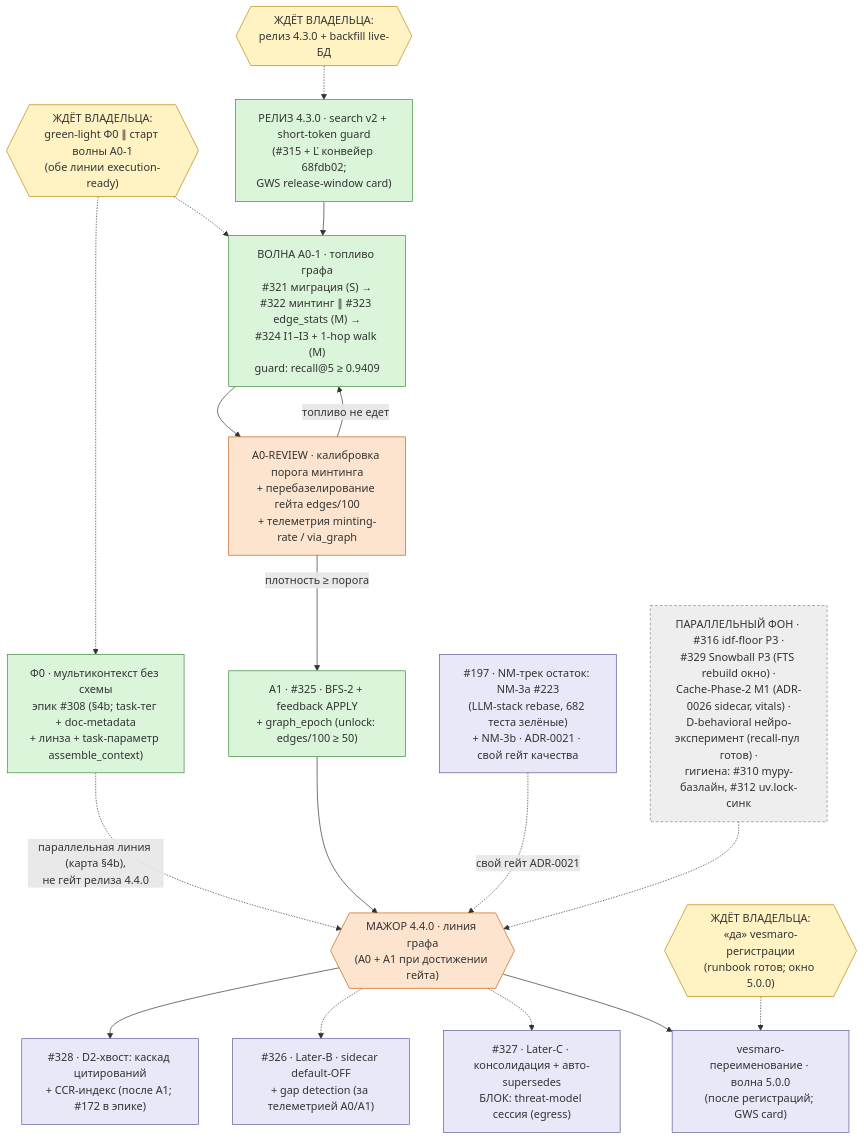
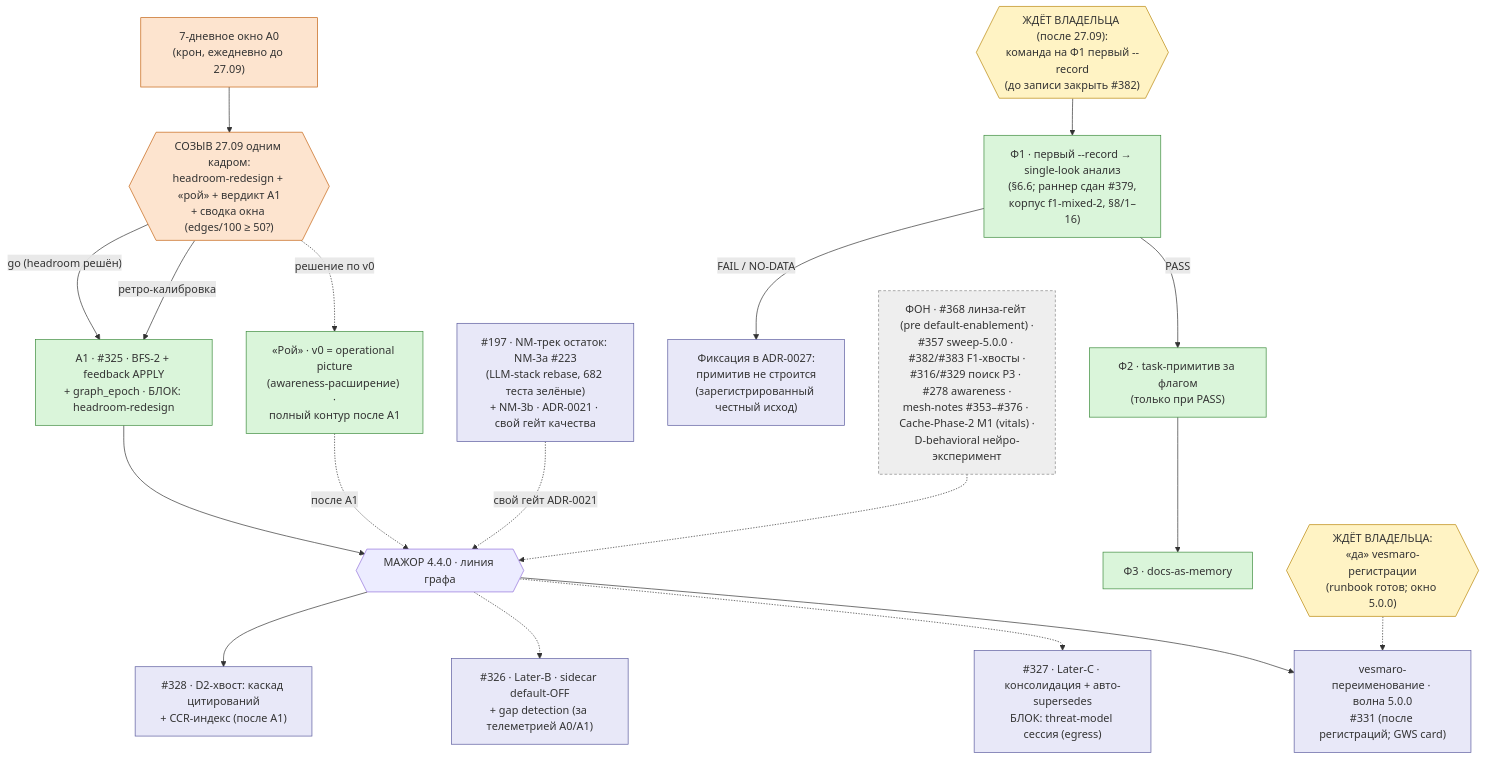
Before and after one commit to vesmaro/vesmaro: the first of 4 diagrams in docs/project/dev-plan.md, drawn with Mermaid. The commit also changed other lines of this file, not shown here.

First line of the commit message:
docs(dev-plan): close the F1-runner wave — registry row, F1 status, DAG redraw

````diff
--- a/docs/project/dev-plan.md
+++ b/docs/project/dev-plan.md
@@ -99,44 +97,47 @@
 ```mermaid
 flowchart TD
-    OWN1{{"ЖДЁТ ВЛАДЕЛЬЦА:<br/>релиз 4.3.0 + backfill live-БД"}}
-    OWN2{{"ЖДЁТ ВЛАДЕЛЬЦА:<br/>green-light Ф0 ∥ старт волны A0-1<br/>(обе линии execution-ready)"}}
     OWN3{{"ЖДЁТ ВЛАДЕЛЬЦА:<br/>«да» vesmaro-регистрации<br/>(runbook готов; окно 5.0.0)"}}
-    REL430["РЕЛИЗ 4.3.0 · search v2 + short-token guard<br/>(#315 + #317; конвейер 68fdb02;<br/>GWS release-window card)"]
-    A01["ВОЛНА A0-1 · топливо графа<br/>#321 миграция (S) →<br/>#322 минтинг ∥ #323 edge_stats (M) →<br/>#324 I1–I3 + 1-hop walk (M)<br/>guard: recall@5 ≥ 0.9409"]
-    A0R["A0-REVIEW · калибровка порога минтинга<br/>+ перебазелирование гейта edges/100<br/>+ телеметрия minting-rate / via_graph"]
-    F0["Ф0 · мультиконтекст без схемы<br/>эпик #308 (§4b; task-тег + doc-metadata<br/>+ линза + task-параметр assemble_context)"]
-    A1["A1 · #325 · BFS-2 + feedback APPLY<br/>+ graph_epoch (unlock: edges/100 ≥ 50)"]
-    D2S["#328 · D2-хвост: каскад цитирований<br/>+ CCR-индекс (после A1; #172 в эпике)"]
+    OWN4{{"ЖДЁТ ВЛАДЕЛЬЦА (после 27.09):<br/>команда на Ф1 первый --record<br/>(до записи закрыть #382)"}}
+    WIN["7-дневное окно A0<br/>(крон, ежедневно до 27.09)"]
+    SUM{{"СОЗЫВ 27.09 одним кадром:<br/>headroom-redesign + «рой» + вердикт A1<br/>+ сводка окна (edges/100 ≥ 50?)"}}
+    A1["A1 · #325 · BFS-2 + feedback APPLY<br/>+ graph_epoch · БЛОК: headroom-redesign"]
+    SW["«Рой» · v0 = operational picture<br/>(awareness-расширение) ·<br/>полный контур после A1"]
+    F1REC["Ф1 · первый --record → single-look анализ<br/>(§6.6; раннер сдан #379,<br/>корпус f1-mixed-2, §8/1–16)"]
+    F2["Ф2 · task-примитив за флагом<br/>(только при PASS)"]
+    F3["Ф3 · docs-as-memory"]
+    XF["Фиксация в ADR-0027:<br/>примитив не строится<br/>(зарегистрированный честный исход)"]
+    D2S["#328 · D2-хвост: каскад цитирований<br/>+ CCR-индекс (после A1)"]
     LB["#326 · Later-B · sidecar default-OFF<br/>+ gap detection (за телеметрией A0/A1)"]
     LC["#327 · Later-C · консолидация + авто-supersedes<br/>БЛОК: threat-model сессия (egress)"]
-    M440{{"МАЖОР 4.4.0 · линия графа<br/>(A0 + A1 при достижении гейта)"}}
+    M440{{"МАЖОР 4.4.0 · линия графа"}}
     NM["#197 · NM-трек остаток: NM-3a #223<br/>(LLM-stack rebase, 682 теста зелёные)<br/>+ NM-3b · ADR-0021 · свой гейт качества"]
-    REN["vesmaro-переименование · волна 5.0.0<br/>(после регистраций; GWS card)"]
-    SIDE["ПАРАЛЛЕЛЬНЫЙ ФОН · #316 idf-floor P3 ·<br/>#329 Snowball P3 (FTS rebuild окно) ·<br/>Cache-Phase-2 M1 (ADR-0026 sidecar, vitals) ·<br/>D-behavioral нейро-эксперимент (recall-пул готов) ·<br/>гигиена: #310 mypy-базлайн, #312 uv.lock-синк"]
-    OWN1 -.-> REL430
-    OWN2 -.-> A01
-    OWN2 -.-> F0
-    REL430 --> A01
-    A01 --> A0R
-    A0R -- "плотность ≥ порога" --> A1
-    A0R -- "топливо не едет" --> A01
-    F0 -. "параллельная линия (карта §4b),<br/>не гейт релиза 4.4.0" .-> M440
+    REN["vesmaro-переименование · волна 5.0.0<br/>#331 (после регистраций; GWS card)"]
+    SIDE["ФОН · #368 линза-гейт (pre default-enablement) ·<br/>#357 sweep-5.0.0 · #382/#383 F1-хвосты ·<br/>#316/#329 поиск P3 · #278 awareness ·<br/>mesh-notes #353–#376 · Cache-Phase-2 M1 (vitals) ·<br/>D-behavioral нейро-эксперимент"]
+    WIN --> SUM
+    SUM -- "go (headroom решён)" --> A1
+    SUM -- "ретро-калибровка" --> A1
+    SUM -. "решение по v0" .-> SW
+    OWN4 --> F1REC
+    F1REC -- "PASS" --> F2
+    F1REC -- "FAIL / NO-DATA" --> XF
+    F2 --> F3
     A1 --> M440
+    SW -. после A1 .-> M440
     NM -. свой гейт ADR-0021 .-> M440
     M440 --> D2S
     M440 -.-> LB
     M440 -.-> LC
     M440 --> REN
     OWN3 -.-> REN
     SIDE -.-> M440
     classDef owner fill:#fff3c4,stroke:#b8860b
     classDef wave fill:#daf5da,stroke:#3d8b3d
     classDef gate fill:#fde4cf,stroke:#c46210
     classDef later fill:#e8e8f8,stroke:#5b5b9e
     classDef side fill:#eeeeee,stroke:#888888,stroke-dasharray: 4 3
-    class OWN1,OWN2,OWN3 owner
-    class REL430,A01,F0,A1 wave
-    class A0R,M440 gate
-    class NM,D2S,LB,LC,REN later
+    class OWN3,OWN4 owner
+    class WIN,SUM gate
+    class A1,SW,F1REC,F2,F3 wave
+    class XF,NM,D2S,LB,LC,REN later
     class SIDE side
 ```
````
